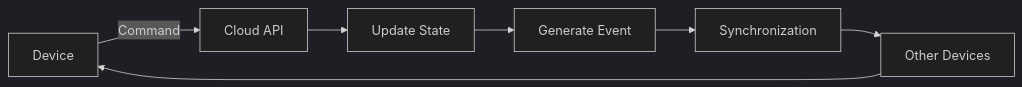
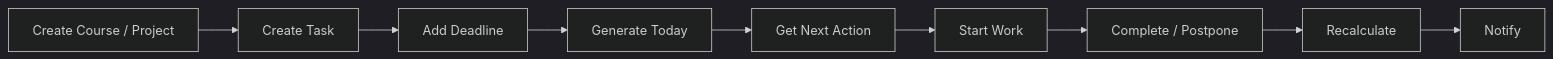
Before and after one commit to Alexsilvin/personal-productivity-system: the second of 19 diagrams in docs/roadmap.md, drawn with Mermaid (dark theme). The commit also changed other lines of this file and 1 other file, not shown here.

````diff
--- a/docs/roadmap.md
+++ b/docs/roadmap.md
@@ -238,17 +70,14 @@
-```mermaid id="xk1i1s"
+```mermaid
 flowchart LR
+    A["Create Course / Project"]
+    B["Create Task"]
+    C["Add Deadline"]
+    D["Generate Today"]
+    E["Get Next Action"]
+    F["Start Work"]
+    G["Complete / Postpone"]
+    H["Recalculate"]
+    I["Notify"]
 
-    CLIENT["Device"]
-
-    CLIENT -->|Command| API["Cloud API"]
-
-    API --> STATE["Update State"]
-
-    STATE --> EVENT["Generate Event"]
-
-    EVENT --> SYNC["Synchronization"]
-
-    SYNC --> OTHER["Other Devices"]
-
-    OTHER --> CLIENT
+    A --> B --> C --> D --> E --> F --> G --> H --> I
 ```
````
